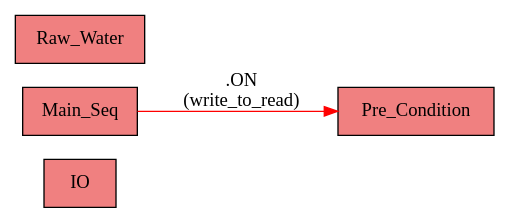
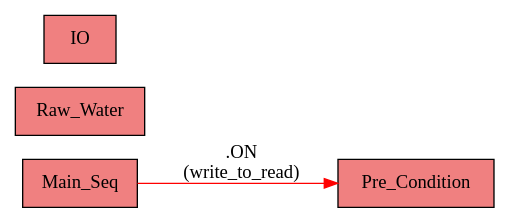
Before and after one commit to iotrustlab/CrossPLC: the diagram in out/dataflow.dot, drawn with Graphviz. The commit also changed other lines of this file and 11 other files, not shown here.

```diff
--- a/out/dataflow.dot
+++ b/out/dataflow.dot
@@ -1,12 +1,12 @@
 digraph DataFlow {
   rankdir=LR;
   node [shape=box, style=filled, fillcolor=lightcoral];
   edge [color=red];
 
-  "IO" [label="IO"];
   "Main_Seq" [label="Main_Seq"];
   "Raw_Water" [label="Raw_Water"];
   "Pre_Condition" [label="Pre_Condition"];
+  "IO" [label="IO"];
 
   "Main_Seq" -> "Pre_Condition" [label=".ON\n(write_to_read)"];
 }
```
